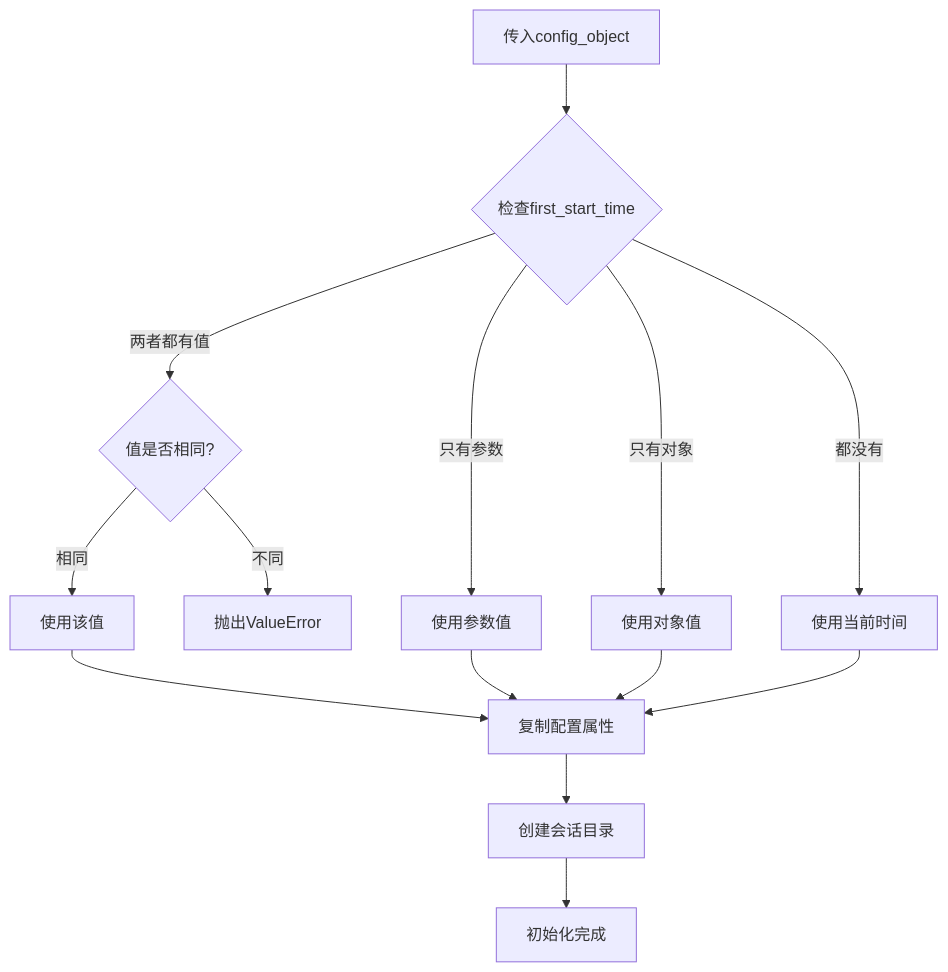
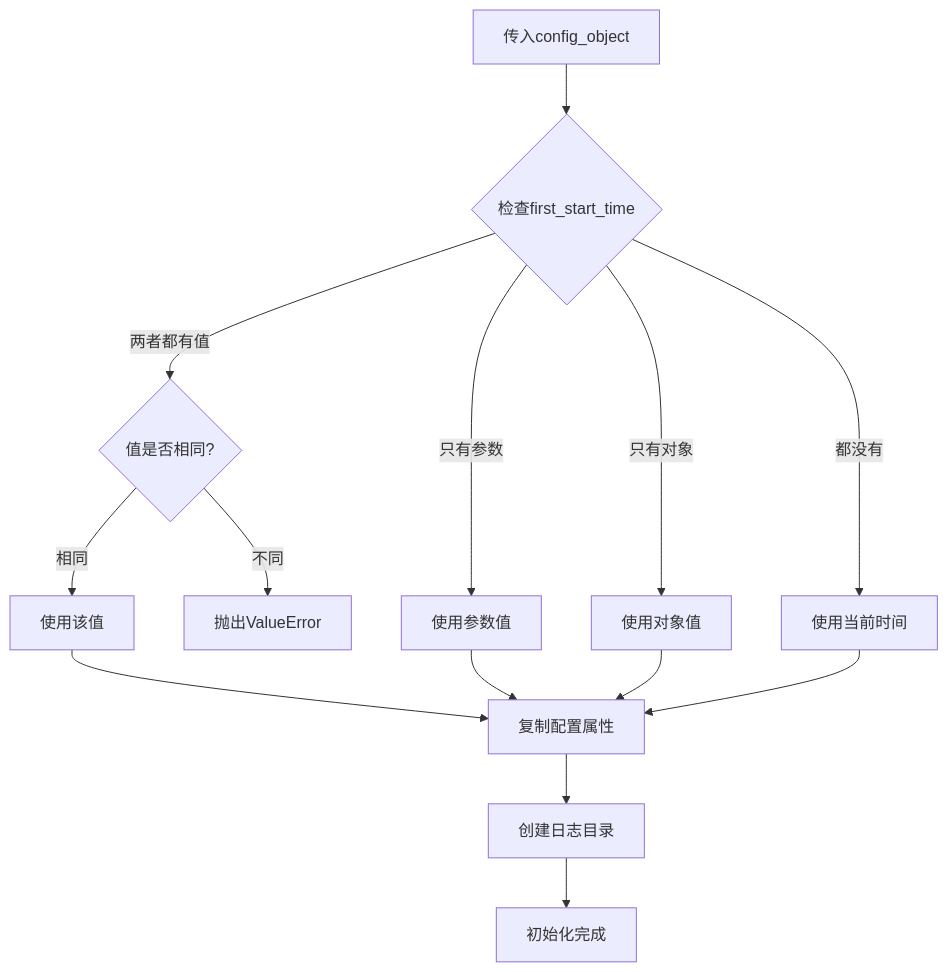
One commit to jaried/custom_logger changed the fourth of 5 diagrams in docs/architecture_design.md. Above: the diagram before and after it, drawn with Mermaid. The commit also changed other lines of this file and 8 other files, not shown here.

````diff
--- a/docs/architecture_design.md
+++ b/docs/architecture_design.md
@@ -203,16 +209,16 @@
 ```mermaid
 flowchart TD
     A[传入config_object] --> B{检查first_start_time}
     B -->|两者都有值| C{值是否相同?}
     C -->|相同| D[使用该值]
     C -->|不同| E[抛出ValueError]
     B -->|只有参数| F[使用参数值]
     B -->|只有对象| G[使用对象值]
     B -->|都没有| H[使用当前时间]
     D --> I[复制配置属性]
     F --> I
     G --> I
     H --> I
-    I --> J[创建会话目录]
+    I --> J[创建日志目录]
     J --> K[初始化完成]
 ```
````
